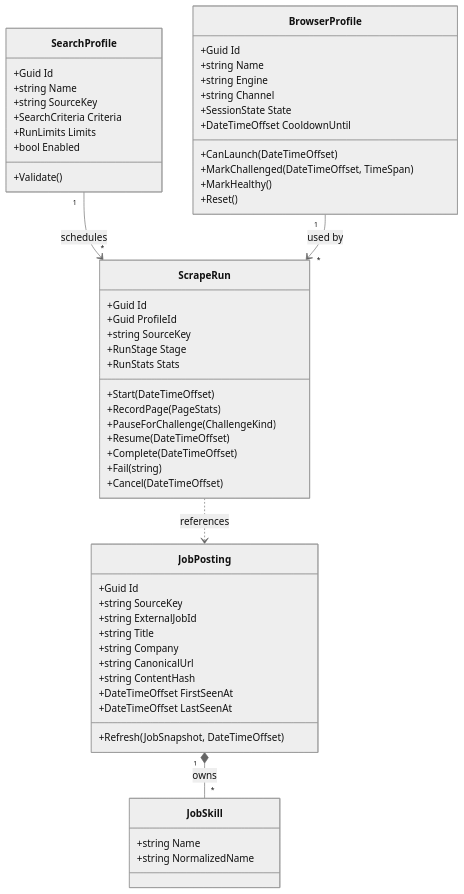
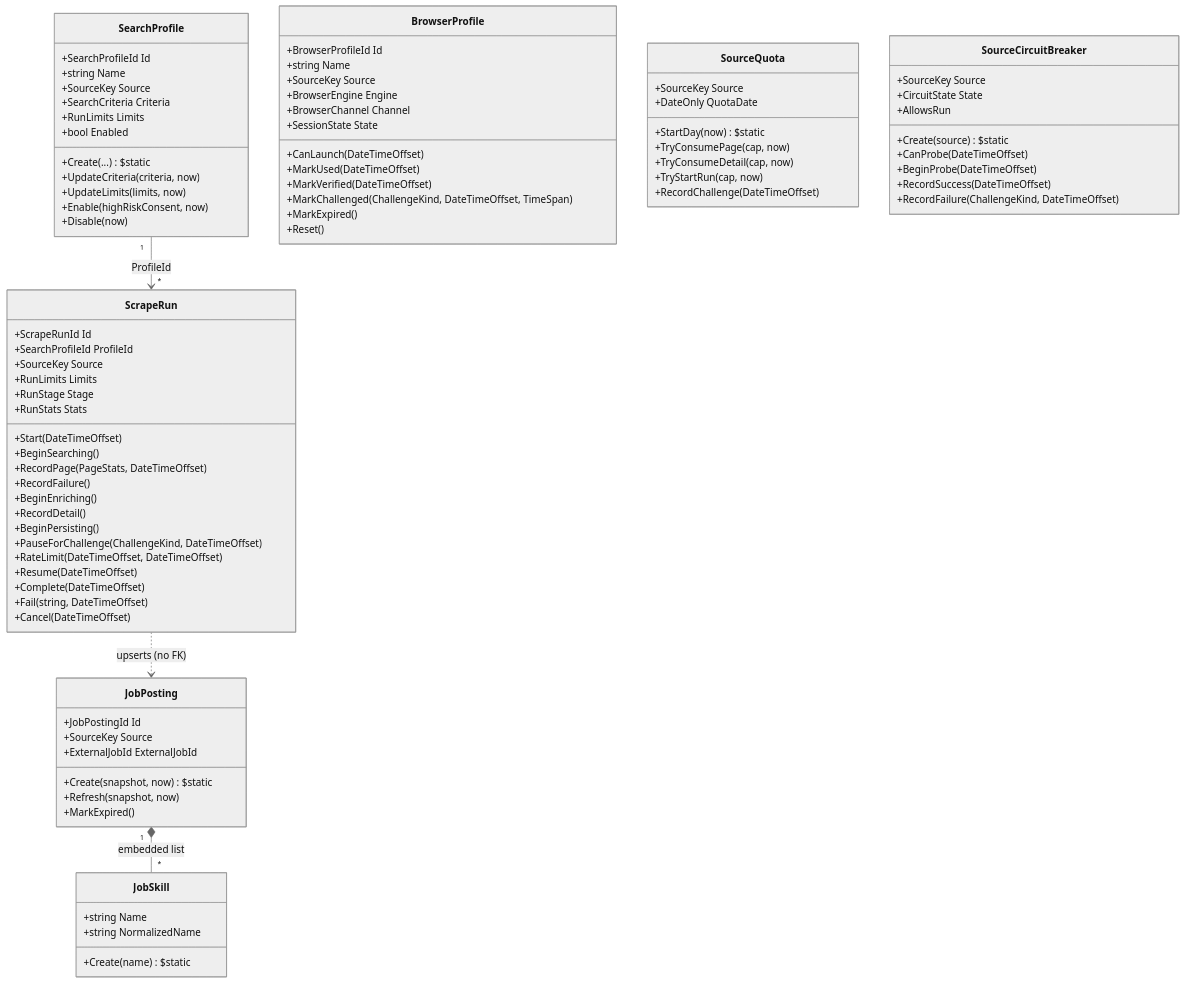
One commit to AslamNazeerShaikh/PlaywrightDotNet changed the second of 6 diagrams in docs/03-domain-model.md. Above: the diagram before and after it, drawn with Mermaid (neutral theme). The commit also changed other lines of this file and 3 other files, not shown here.

First line of the commit message:
docs: ground architecture docs in the implemented codebase with verified mermaid

````diff
--- a/docs/03-domain-model.md
+++ b/docs/03-domain-model.md
@@ -89,63 +89,93 @@
 ```mermaid
 classDiagram
     class SearchProfile {
-        +Guid Id
+        +SearchProfileId Id
         +string Name
-        +string SourceKey
+        +SourceKey Source
         +SearchCriteria Criteria
         +RunLimits Limits
         +bool Enabled
-        +Validate()
+        +Create(...) $static
+        +UpdateCriteria(criteria, now)
+        +UpdateLimits(limits, now)
+        +Enable(highRiskConsent, now)
+        +Disable(now)
     }
 
     class ScrapeRun {
-        +Guid Id
-        +Guid ProfileId
-        +string SourceKey
+        +ScrapeRunId Id
+        +SearchProfileId ProfileId
+        +SourceKey Source
+        +RunLimits Limits
         +RunStage Stage
         +RunStats Stats
         +Start(DateTimeOffset)
-        +RecordPage(PageStats)
-        +PauseForChallenge(ChallengeKind)
+        +BeginSearching()
+        +RecordPage(PageStats, DateTimeOffset)
+        +RecordFailure()
+        +BeginEnriching()
+        +RecordDetail()
+        +BeginPersisting()
+        +PauseForChallenge(ChallengeKind, DateTimeOffset)
+        +RateLimit(DateTimeOffset, DateTimeOffset)
         +Resume(DateTimeOffset)
         +Complete(DateTimeOffset)
-        +Fail(string)
+        +Fail(string, DateTimeOffset)
         +Cancel(DateTimeOffset)
     }
 
     class JobPosting {
-        +Guid Id
-        +string SourceKey
-        +string ExternalJobId
-        +string Title
-        +string Company
-        +string CanonicalUrl
-        +string ContentHash
-        +DateTimeOffset FirstSeenAt
-        +DateTimeOffset LastSeenAt
-        +Refresh(JobSnapshot, DateTimeOffset)
+        +JobPostingId Id
+        +SourceKey Source
+        +ExternalJobId ExternalJobId
+        +Create(snapshot, now) $static
+        +Refresh(snapshot, now)
+        +MarkExpired()
     }
 
     class BrowserProfile {
-        +Guid Id
+        +BrowserProfileId Id
         +string Name
-        +string Engine
-        +string Channel
+        +SourceKey Source
+        +BrowserEngine Engine
+        +BrowserChannel Channel
         +SessionState State
-        +DateTimeOffset CooldownUntil
         +CanLaunch(DateTimeOffset)
-        +MarkChallenged(DateTimeOffset, TimeSpan)
-        +MarkHealthy()
+        +MarkUsed(DateTimeOffset)
+        +MarkVerified(DateTimeOffset)
+        +MarkChallenged(ChallengeKind, DateTimeOffset, TimeSpan)
+        +MarkExpired()
         +Reset()
+    }
+
+    class SourceQuota {
+        +SourceKey Source
+        +DateOnly QuotaDate
+        +StartDay(now) $static
+        +TryConsumePage(cap, now)
+        +TryConsumeDetail(cap, now)
+        +TryStartRun(cap, now)
+        +RecordChallenge(DateTimeOffset)
+    }
+
+    class SourceCircuitBreaker {
+        +SourceKey Source
+        +CircuitState State
+        +AllowsRun
+        +Create(source) $static
+        +CanProbe(DateTimeOffset)
+        +BeginProbe(DateTimeOffset)
+        +RecordSuccess(DateTimeOffset)
+        +RecordFailure(ChallengeKind, DateTimeOffset)
     }
 
     class JobSkill {
         +string Name
         +string NormalizedName
+        +Create(name) $static
     }
 
-    SearchProfile "1" --> "*" ScrapeRun : schedules
-    ScrapeRun ..> JobPosting : references
-    BrowserProfile "1" --> "*" ScrapeRun : used by
-    JobPosting "1" *-- "*" JobSkill : owns
+    SearchProfile "1" --> "*" ScrapeRun : ProfileId
+    ScrapeRun ..> JobPosting : upserts (no FK)
+    JobPosting "1" *-- "*" JobSkill : embedded list
 ```
````
